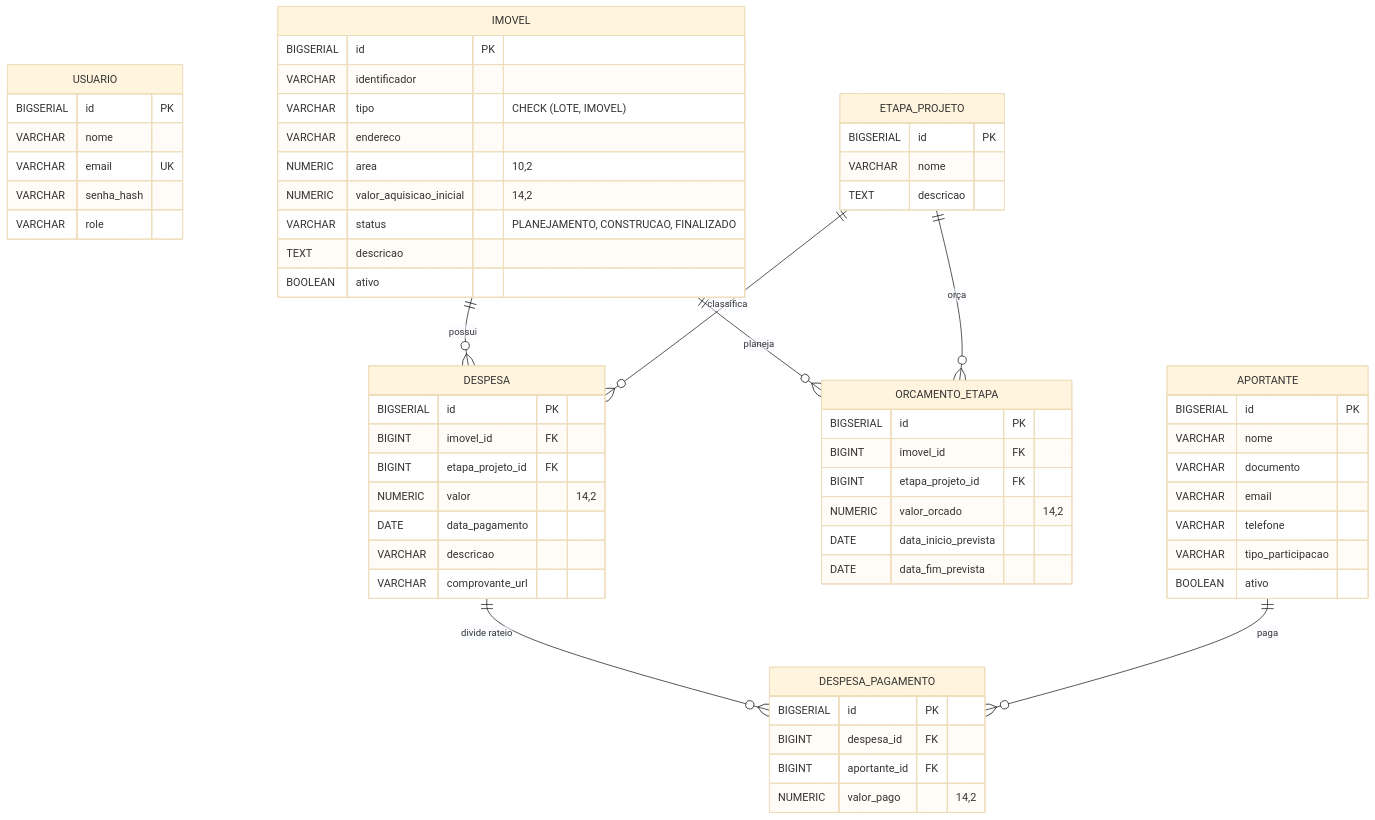
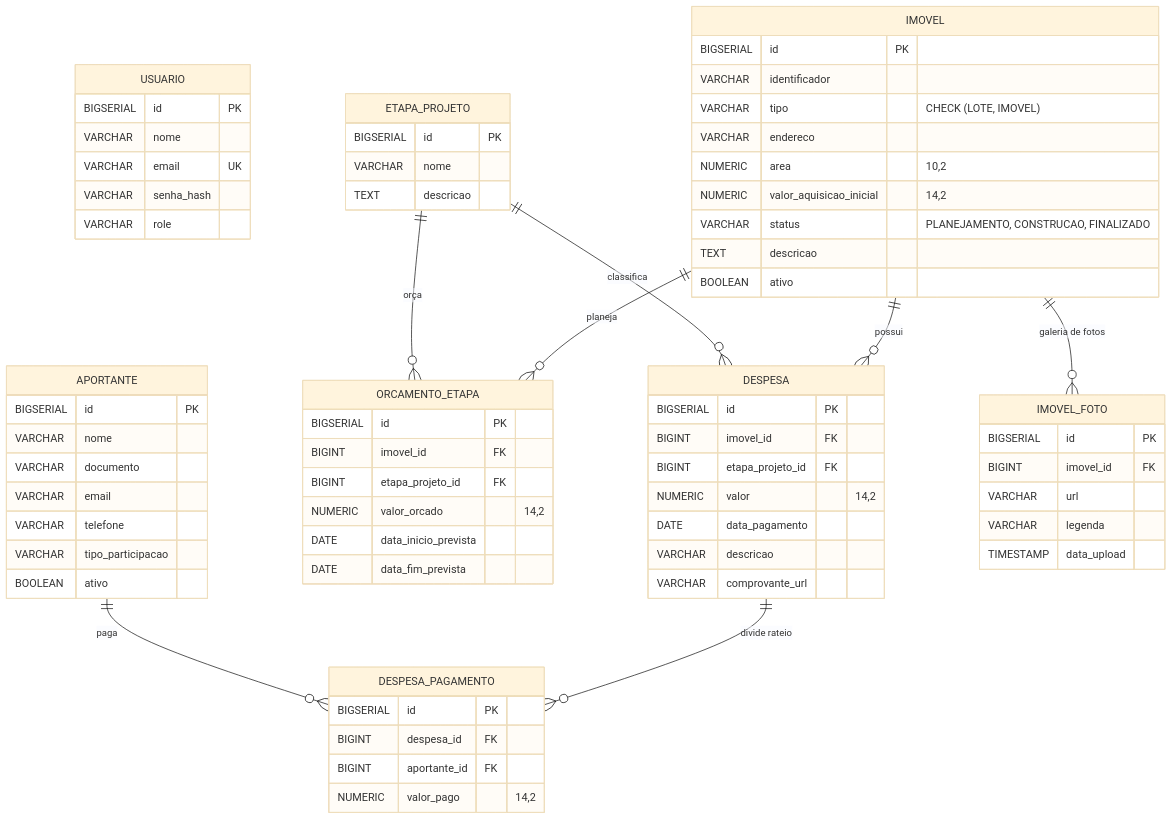
One commit to sergiogeneroso/gestao-custos-obras changed the diagram in docs/MODELO-DADOS.md. Above: the diagram before and after it, drawn with Mermaid (base theme). The commit also changed 18 other files, not shown here.

````diff
--- a/docs/MODELO-DADOS.md
+++ b/docs/MODELO-DADOS.md
@@ -9,71 +9,80 @@
 ```mermaid
 erDiagram
     USUARIO {
         BIGSERIAL id PK
         VARCHAR nome
         VARCHAR email UK
         VARCHAR senha_hash
         VARCHAR role
     }
 
     IMOVEL {
         BIGSERIAL id PK
         VARCHAR identificador
         VARCHAR tipo "CHECK (LOTE, IMOVEL)"
         VARCHAR endereco
         NUMERIC area "10,2"
         NUMERIC valor_aquisicao_inicial "14,2"
         VARCHAR status "PLANEJAMENTO, CONSTRUCAO, FINALIZADO"
         TEXT descricao
         BOOLEAN ativo
     }
 
     APORTANTE {
         BIGSERIAL id PK
         VARCHAR nome
         VARCHAR documento
         VARCHAR email
         VARCHAR telefone
         VARCHAR tipo_participacao
         BOOLEAN ativo
     }
 
     ETAPA_PROJETO {
         BIGSERIAL id PK
         VARCHAR nome
         TEXT descricao
     }
 
     ORCAMENTO_ETAPA {
         BIGSERIAL id PK
         BIGINT imovel_id FK
         BIGINT etapa_projeto_id FK
         NUMERIC valor_orcado "14,2"
         DATE data_inicio_prevista
         DATE data_fim_prevista
     }
 
     DESPESA {
         BIGSERIAL id PK
         BIGINT imovel_id FK
         BIGINT etapa_projeto_id FK
         NUMERIC valor "14,2"
         DATE data_pagamento
         VARCHAR descricao
         VARCHAR comprovante_url
     }
 
     DESPESA_PAGAMENTO {
         BIGSERIAL id PK
         BIGINT despesa_id FK
         BIGINT aportante_id FK
         NUMERIC valor_pago "14,2"
     }
 
+    IMOVEL_FOTO {
+        BIGSERIAL id PK
+        BIGINT imovel_id FK
+        VARCHAR url
+        VARCHAR legenda
+        TIMESTAMP data_upload
+    }
+
     IMOVEL ||--o{ DESPESA : "possui"
+    IMOVEL ||--o{ IMOVEL_FOTO : "galeria de fotos"
     ETAPA_PROJETO ||--o{ DESPESA : "classifica"
     IMOVEL ||--o{ ORCAMENTO_ETAPA : "planeja"
     ETAPA_PROJETO ||--o{ ORCAMENTO_ETAPA : "orça"
     DESPESA ||--o{ DESPESA_PAGAMENTO : "divide rateio"
     APORTANTE ||--o{ DESPESA_PAGAMENTO : "paga"
 ```
````
